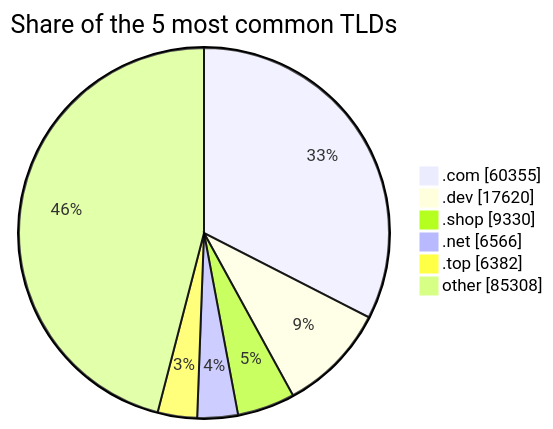
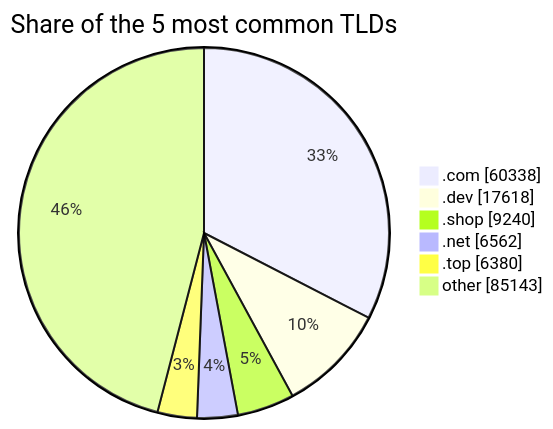
Before and after one commit to DNSBunker/CTI: the third of 3 diagrams in README.md, drawn with Mermaid. The commit also changed other lines of this file and 3 other files, not shown here.

````diff
--- a/README.md
+++ b/README.md
@@ -81,9 +81,9 @@
 ```mermaid
 pie showData title Share of the 5 most common TLDs
-    ".com" : 60355
-    ".dev" : 17620
-    ".shop" : 9330
-    ".net" : 6566
-    ".top" : 6382
-    "other" : 85308
+    ".com" : 60338
+    ".dev" : 17618
+    ".shop" : 9240
+    ".net" : 6562
+    ".top" : 6380
+    "other" : 85143
 ```
````
